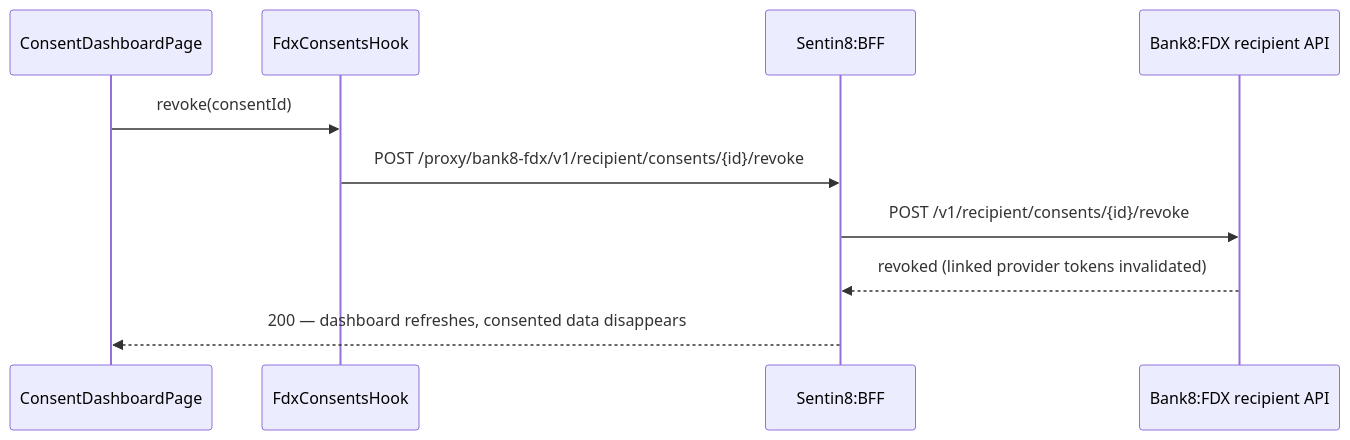
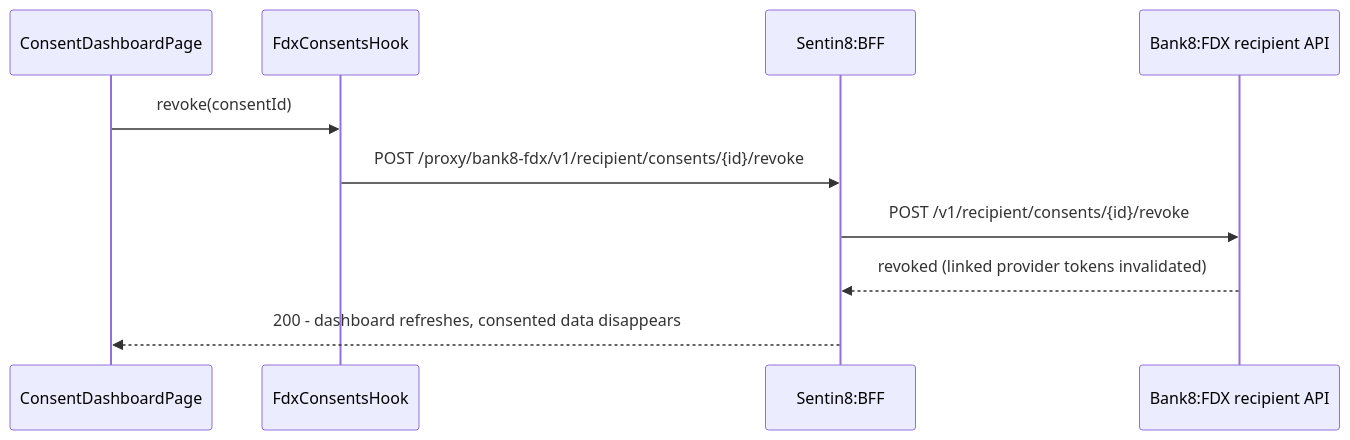
The fourth of 6 diagrams in docs/apps/efintech/design.md (Bank8-dev/bank8-site), drawn with Mermaid before and after one commit. The commit also changed other lines of this file and 53 other files, not shown here.

````diff
--- a/docs/apps/efintech/design.md
+++ b/docs/apps/efintech/design.md
@@ -89,12 +89,12 @@
 ```mermaid
 sequenceDiagram
     participant P as ConsentDashboardPage
     participant H as FdxConsentsHook
     participant F as Sentin8:BFF
     participant R as Bank8:FDX recipient API
     P->>H: revoke(consentId)
     H->>F: POST /proxy/bank8-fdx/v1/recipient/consents/{id}/revoke
     F->>R: POST /v1/recipient/consents/{id}/revoke
     R-->>F: revoked (linked provider tokens invalidated)
-    F-->>P: 200 — dashboard refreshes, consented data disappears
+    F-->>P: 200 - dashboard refreshes, consented data disappears
 ```
````
